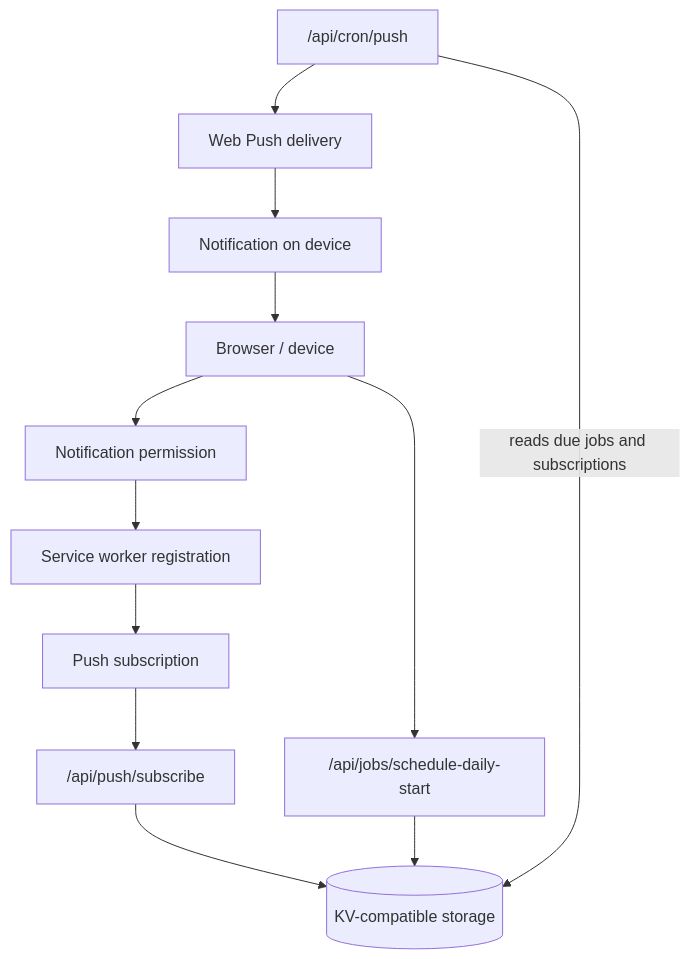
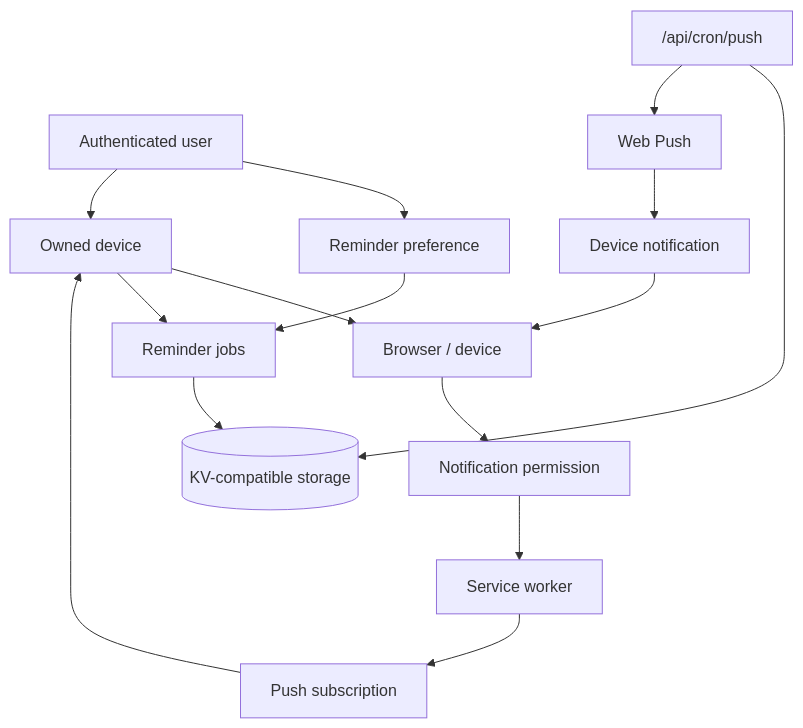
Before and after one commit to nadira-busse/fenela: the second of 2 diagrams in architecture/architecture-overview.md, drawn with Mermaid. The commit also changed other lines of this file and 47 other files, not shown here.

````diff
--- a/architecture/architecture-overview.md
+++ b/architecture/architecture-overview.md
@@ -198,27 +312,32 @@
 ```mermaid
 flowchart TD
+    User["Authenticated user"]
+    Preference["Reminder preference"]
+    Device["Owned device"]
     Browser["Browser / device"]
     Permission["Notification permission"]
-    ServiceWorker["Service worker registration"]
-    PushSubscription["Push subscription"]
-    SubscribeRoute["/api/push/subscribe"]
-    ScheduleRoute["/api/jobs/schedule-daily-start"]
-    Storage[("KV-compatible storage")]
-    CronRoute["/api/cron/push"]
-    PushService["Web Push delivery"]
-    Notification["Notification on device"]
+    ServiceWorker["Service worker"]
+    Subscription["Push subscription"]
+    Jobs["Reminder jobs"]
+    KV[("KV-compatible storage")]
+    Cron["/api/cron/push"]
+    Push["Web Push"]
+    Notification["Device notification"]
 
+    User --> Preference
+    User --> Device
+    Device --> Browser
     Browser --> Permission
     Permission --> ServiceWorker
-    ServiceWorker --> PushSubscription
-    PushSubscription --> SubscribeRoute
-    SubscribeRoute --> Storage
+    ServiceWorker --> Subscription
+    Subscription --> Device
 
-    Browser --> ScheduleRoute
-    ScheduleRoute --> Storage
+    Preference --> Jobs
+    Device --> Jobs
+    Jobs --> KV
 
-    CronRoute -->|"reads due jobs and subscriptions"| Storage
-    CronRoute --> PushService
-    PushService --> Notification
+    Cron --> KV
+    Cron --> Push
+    Push --> Notification
     Notification --> Browser
 ```
````
